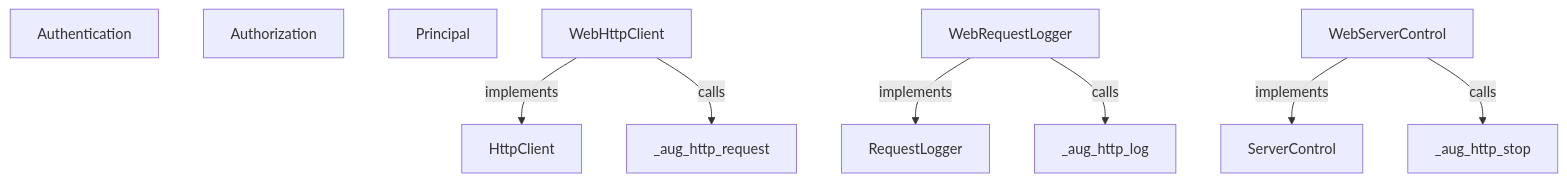
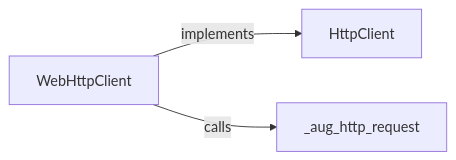
Before and after one commit to GreenPandaStudios/augscript: the first of 9 diagrams in src/stdlib/web/contracts.aug.diagrams.md, drawn with Mermaid. The commit also changed other lines of this file and 304 other files, not shown here.

Commit message:
Make generated data-flow sequences concise and review every diagram

````diff
--- a/src/stdlib/web/contracts.aug.diagrams.md
+++ b/src/stdlib/web/contracts.aug.diagrams.md
@@ -9,21 +11,8 @@
 ```mermaid
-flowchart TD
-    n0["Authentication"]
-    n1["Authorization"]
-    n2["HttpClient"]
-    n3["Principal"]
-    n4["RequestLogger"]
-    n5["ServerControl"]
-    n6["WebHttpClient"]
-    n7["WebRequestLogger"]
-    n8["WebServerControl"]
-    n9["_aug_http_log"]
-    n10["_aug_http_request"]
-    n11["_aug_http_stop"]
-    n6 -->|"implements"| n2
-    n6 -->|"calls"| n10
-    n7 -->|"implements"| n4
-    n7 -->|"calls"| n9
-    n8 -->|"implements"| n5
-    n8 -->|"calls"| n11
+flowchart LR
+    n0["HttpClient"]
+    n1["WebHttpClient"]
+    n2["_aug_http_request"]
+    n1 -->|"implements"| n0
+    n1 -->|"calls"| n2
 ```
````
